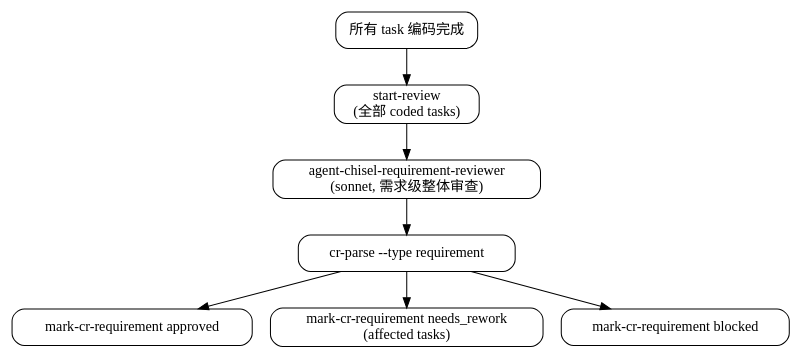
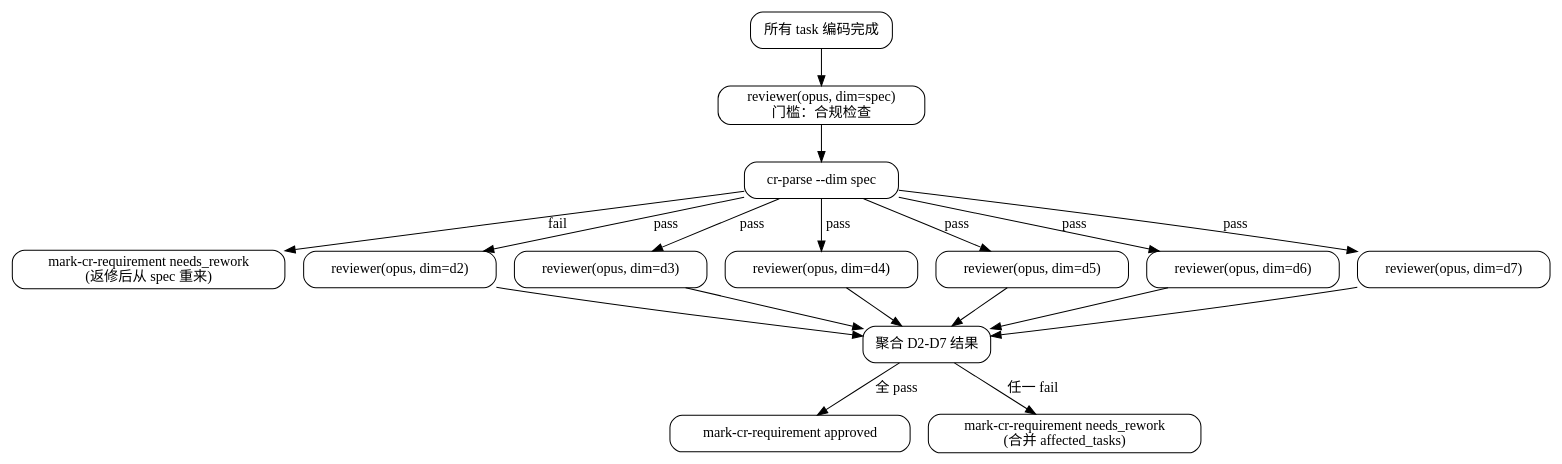
One commit to Jxin-Cai/chisel changed the diagram in skills/chisel-review/SKILL.md. Above: the diagram before and after it, drawn with Graphviz. The commit also changed other lines of this file and 33 other files, not shown here.

First line of the commit message:
feat: repo-map 代码地图 + debt-scan 技术债扫描 + as-is-score 质量评分 + 多维度CR重组

````diff
--- a/skills/chisel-review/SKILL.md
+++ b/skills/chisel-review/SKILL.md
@@ -17,17 +35,35 @@
 ```dot
 digraph review_flow {
   rankdir=TB; node [shape=box, style=rounded];
   all_coded [label="所有 task 编码完成"];
-  start_review [label="start-review\n(全部 coded tasks)"];
-  reviewer [label="agent-chisel-requirement-reviewer\n(sonnet, 需求级整体审查)"];
-  parse [label="cr-parse --type requirement"];
+  spec [label="reviewer(opus, dim=spec)\n门槛：合规检查"];
+  spec_parse [label="cr-parse --dim spec"];
+  spec_fail [label="mark-cr-requirement needs_rework\n(返修后从 spec 重来)"];
+  d2 [label="reviewer(opus, dim=d2)"];
+  d3 [label="reviewer(opus, dim=d3)"];
+  d4 [label="reviewer(opus, dim=d4)"];
+  d5 [label="reviewer(opus, dim=d5)"];
+  d6 [label="reviewer(opus, dim=d6)"];
+  d7 [label="reviewer(opus, dim=d7)"];
+  aggregate [label="聚合 D2-D7 结果"];
   approved [label="mark-cr-requirement approved"];
-  rework [label="mark-cr-requirement needs_rework\n(affected tasks)"];
-  blocked [label="mark-cr-requirement blocked"];
+  rework [label="mark-cr-requirement needs_rework\n(合并 affected_tasks)"];
 
-  all_coded -> start_review -> reviewer -> parse;
-  parse -> approved;
-  parse -> rework;
-  parse -> blocked;
+  all_coded -> spec -> spec_parse;
+  spec_parse -> spec_fail [label="fail"];
+  spec_parse -> d2 [label="pass"];
+  spec_parse -> d3 [label="pass"];
+  spec_parse -> d4 [label="pass"];
+  spec_parse -> d5 [label="pass"];
+  spec_parse -> d6 [label="pass"];
+  spec_parse -> d7 [label="pass"];
+  d2 -> aggregate;
+  d3 -> aggregate;
+  d4 -> aggregate;
+  d5 -> aggregate;
+  d6 -> aggregate;
+  d7 -> aggregate;
+  aggregate -> approved [label="全 pass"];
+  aggregate -> rework [label="任一 fail"];
 }
 ```
````
